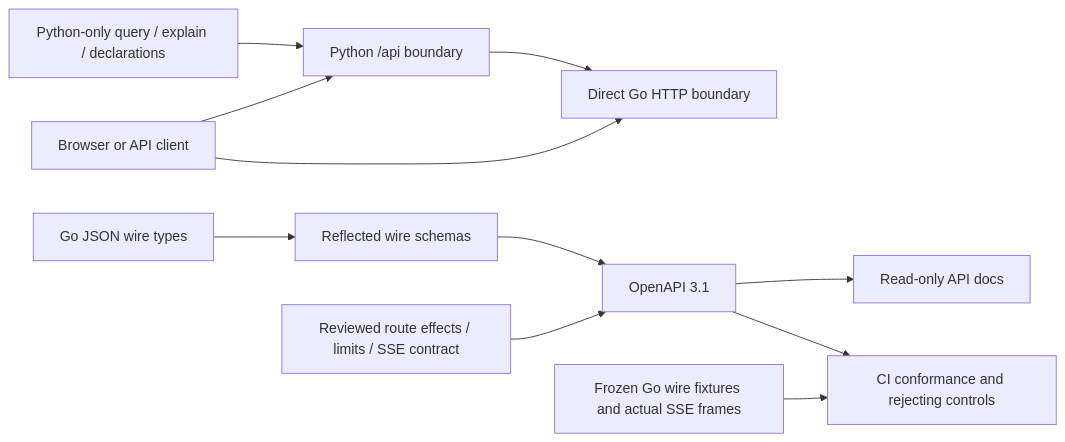
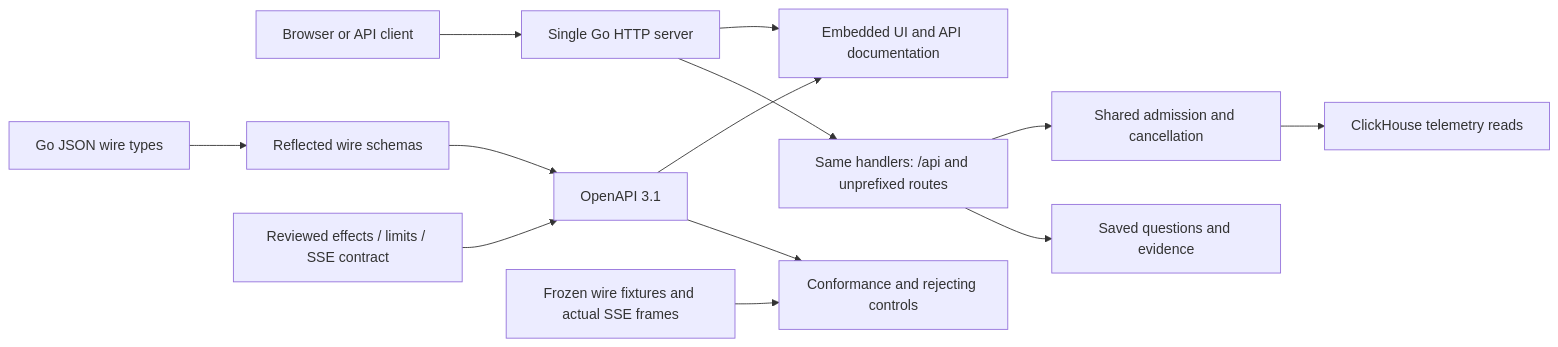
One commit to casselc/goo changed the diagram in docs/API.md. Above: the diagram before and after it, drawn with Mermaid. The commit also changed other lines of this file and 74 other files, not shown here.

````diff
--- a/docs/API.md
+++ b/docs/API.md
@@ -22,13 +21,15 @@
 ```mermaid
 flowchart LR
-  Browser[Browser or API client] --> Proxy[Python /api boundary]
-  Browser --> Go[Direct Go HTTP boundary]
-  Proxy --> Go
-  Python[Python-only query / explain / declarations] --> Proxy
+  Browser[Browser or API client] --> Entry[Single Go HTTP server]
+  Entry --> UI[Embedded UI and API documentation]
+  Entry --> Routes[Same handlers: /api and unprefixed routes]
+  Routes --> Budget[Shared admission and cancellation]
+  Budget --> Source[ClickHouse telemetry reads]
+  Routes --> Store[Saved questions and evidence]
   Types[Go JSON wire types] --> Shapes[Reflected wire schemas]
-  Policy[Reviewed route effects / limits / SSE contract] --> Spec[OpenAPI 3.1]
+  Policy[Reviewed effects / limits / SSE contract] --> Spec[OpenAPI 3.1]
   Shapes --> Spec
-  Spec --> Docs[Read-only API docs]
-  Fixtures[Frozen Go wire fixtures and actual SSE frames] --> Check[CI conformance and rejecting controls]
+  Spec --> UI
+  Fixtures[Frozen wire fixtures and actual SSE frames] --> Check[Conformance and rejecting controls]
   Spec --> Check
 ```
````
